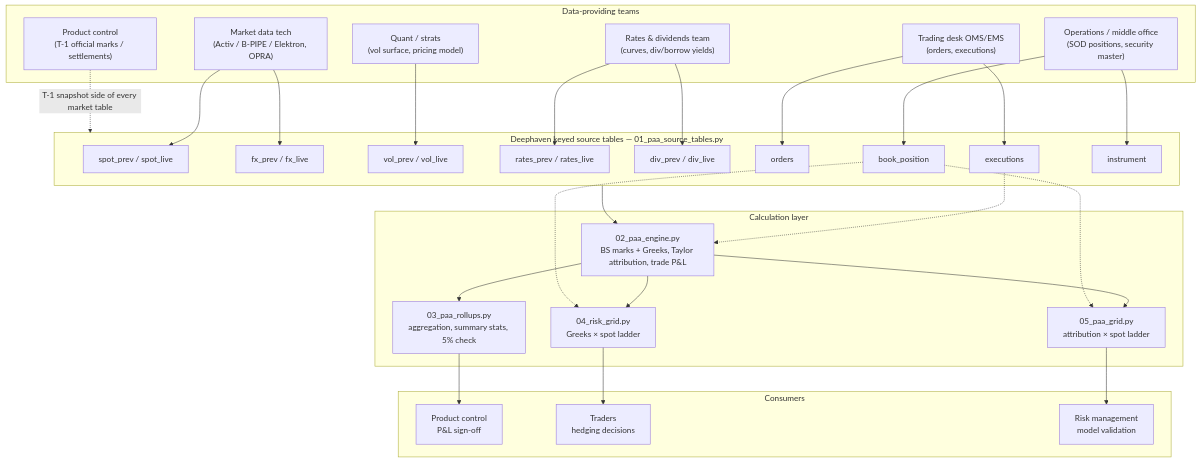
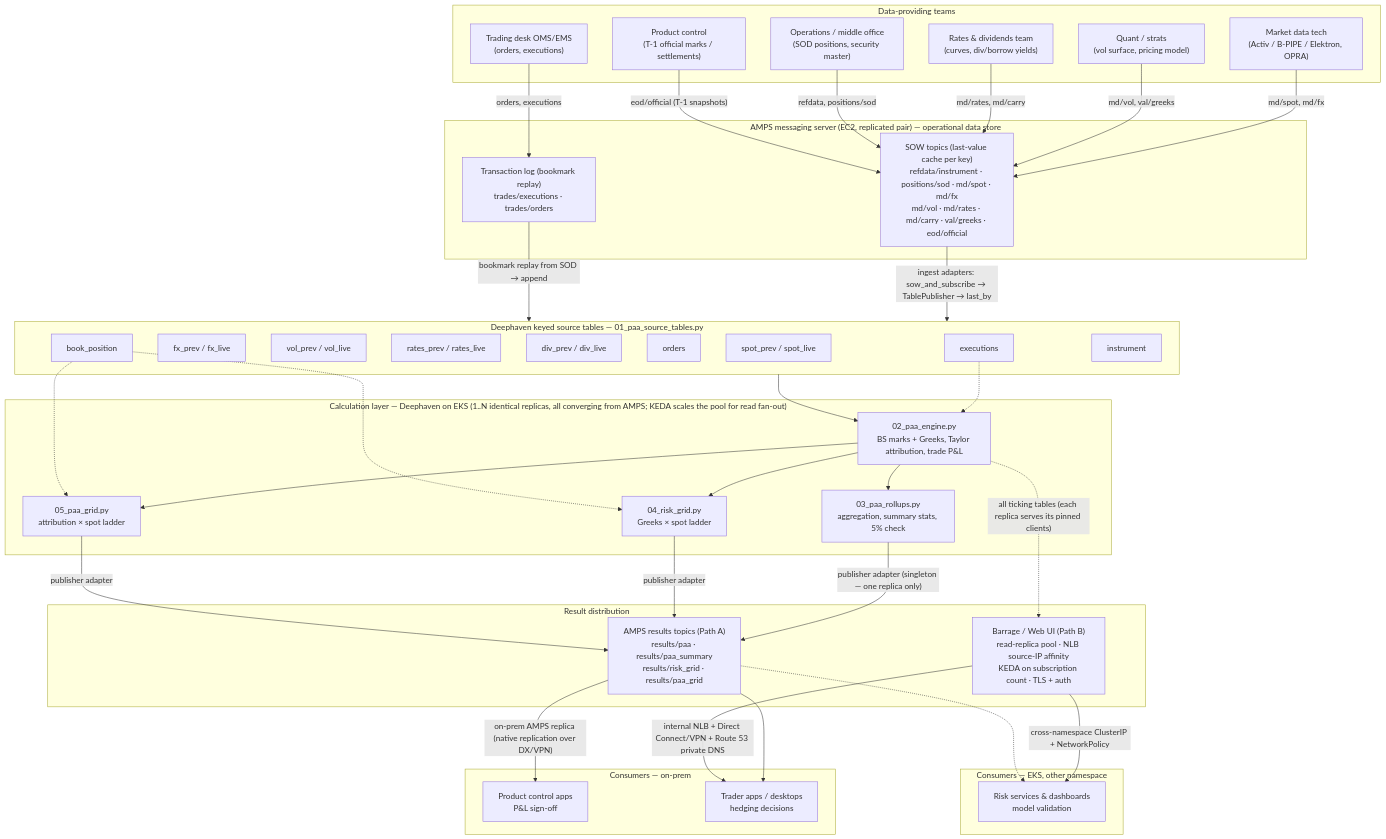
Before and after one commit to crazymatthsu/derivatives-trading: the diagram in PAA Grid/ARCHITECTURE.md, drawn with Mermaid. The commit also changed other lines of this file and 3 other files, not shown here.

````diff
--- a/PAA Grid/ARCHITECTURE.md
+++ b/PAA Grid/ARCHITECTURE.md
@@ -13,59 +13,78 @@
 ```mermaid
 flowchart TD
     subgraph TEAMS["Data-providing teams"]
         MDT["Market data tech<br/>(Activ / B-PIPE / Elektron, OPRA)"]
         QUANT["Quant / strats<br/>(vol surface, pricing model)"]
         RATES["Rates & dividends team<br/>(curves, div/borrow yields)"]
         DESK["Trading desk OMS/EMS<br/>(orders, executions)"]
         OPS["Operations / middle office<br/>(SOD positions, security master)"]
         PC["Product control<br/>(T-1 official marks / settlements)"]
     end
+
+    subgraph AMPS["AMPS messaging server (EC2, replicated pair) — operational data store"]
+        SOW["SOW topics (last-value cache per key)<br/>refdata/instrument · positions/sod · md/spot · md/fx<br/>md/vol · md/rates · md/carry · val/greeks · eod/official"]
+        TXLOG["Transaction log (bookmark replay)<br/>trades/executions · trades/orders"]
+    end
+
+    MDT -- "md/spot, md/fx" --> SOW
+    QUANT -- "md/vol, val/greeks" --> SOW
+    RATES -- "md/rates, md/carry" --> SOW
+    OPS -- "refdata, positions/sod" --> SOW
+    PC -- "eod/official (T-1 snapshots)" --> SOW
+    DESK -- "orders, executions" --> TXLOG
 
     subgraph SRC["Deephaven keyed source tables — 01_paa_source_tables.py"]
         T_SPOT["spot_prev / spot_live"]
         T_FX["fx_prev / fx_live"]
         T_VOL["vol_prev / vol_live"]
         T_RATE["rates_prev / rates_live"]
         T_DIV["div_prev / div_live"]
         T_ORD["orders"]
         T_EXE["executions"]
         T_POS["book_position"]
         T_INS["instrument"]
     end
 
-    MDT --> T_SPOT
-    MDT --> T_FX
-    QUANT --> T_VOL
-    RATES --> T_RATE
-    RATES --> T_DIV
-    DESK --> T_ORD
-    DESK --> T_EXE
-    OPS --> T_POS
-    OPS --> T_INS
-    PC -. "T-1 snapshot side of every market table" .-> SRC
+    SOW -- "ingest adapters: sow_and_subscribe → TablePublisher → last_by" --> SRC
+    TXLOG -- "bookmark replay from SOD → append" --> SRC
 
-    subgraph CALC["Calculation layer"]
+    subgraph CALC["Calculation layer — Deephaven on EKS (1..N identical replicas, all converging from AMPS; KEDA scales the pool for read fan-out)"]
         ENG["02_paa_engine.py<br/>BS marks + Greeks, Taylor attribution, trade P&L"]
         ROLL["03_paa_rollups.py<br/>aggregation, summary stats, 5% check"]
         RG["04_risk_grid.py<br/>Greeks × spot ladder"]
         PG["05_paa_grid.py<br/>attribution × spot ladder"]
     end
 
     SRC --> ENG
     ENG --> ROLL
     ENG --> RG
     ENG --> PG
     T_POS -.-> RG
     T_POS -.-> PG
     T_EXE -.-> ENG
 
-    subgraph OUT["Consumers"]
-        PCOUT["Product control<br/>P&L sign-off"]
-        TRD["Traders<br/>hedging decisions"]
-        RM["Risk management<br/>model validation"]
+    subgraph DIST["Result distribution"]
+        RES["AMPS results topics (Path A)<br/>results/paa · results/paa_summary<br/>results/risk_grid · results/paa_grid"]
+        BAR["Barrage / Web UI (Path B)<br/>read-replica pool · NLB source-IP affinity<br/>KEDA on subscription count · TLS + auth"]
     end
 
-    ROLL --> PCOUT
-    RG --> TRD
-    PG --> RM
+    ROLL -- "publisher adapter (singleton — one replica only)" --> RES
+    RG -- "publisher adapter" --> RES
+    PG -- "publisher adapter" --> RES
+    ENG -. "all ticking tables (each replica serves its pinned clients)" .-> BAR
+
+    subgraph ONPREM["Consumers — on-prem"]
+        PCOUT["Product control apps<br/>P&L sign-off"]
+        TRD["Trader apps / desktops<br/>hedging decisions"]
+    end
+
+    subgraph EKSNS["Consumers — EKS, other namespace"]
+        RM["Risk services & dashboards<br/>model validation"]
+    end
+
+    RES -- "on-prem AMPS replica (native replication over DX/VPN)" --> PCOUT
+    RES --> TRD
+    BAR -- "internal NLB + Direct Connect/VPN + Route 53 private DNS" --> TRD
+    BAR -- "cross-namespace ClusterIP + NetworkPolicy" --> RM
+    RES -.-> RM
 ```
````
